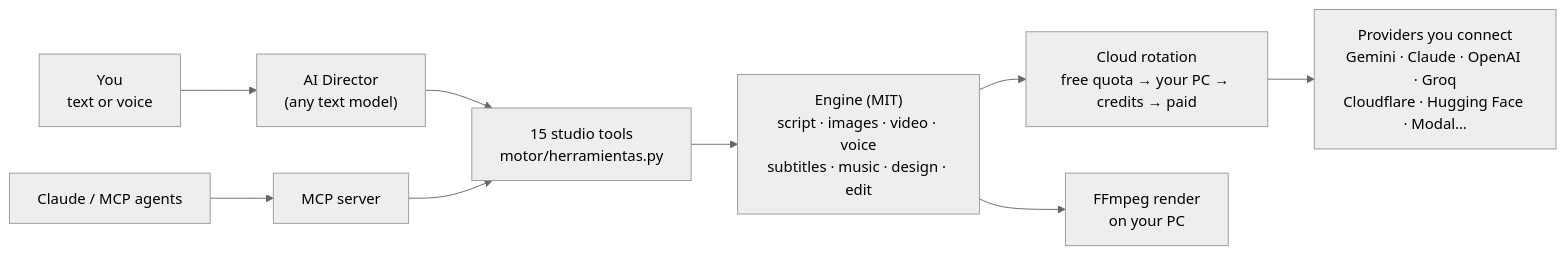
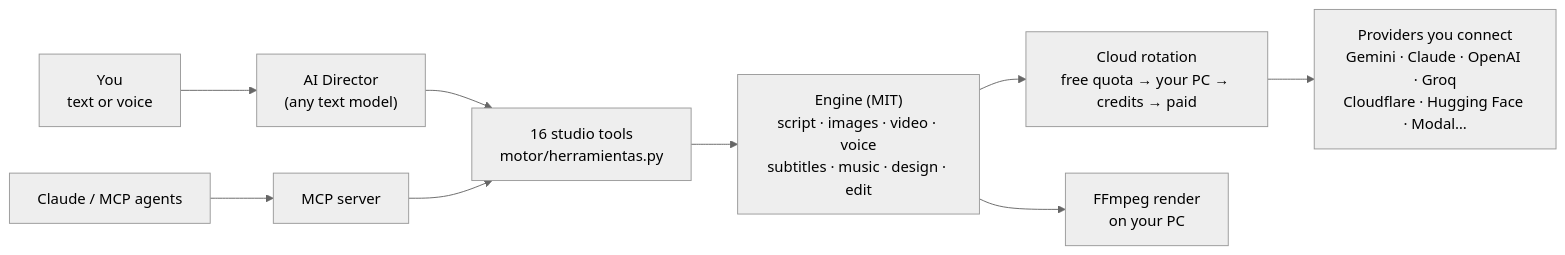
Before and after one commit to santo29/rafaga-studio: the diagram in README.md, drawn with Mermaid (neutral theme). The commit also changed other lines of this file and 16 other files, not shown here.

````diff
--- a/README.md
+++ b/README.md
@@ -79,11 +80,11 @@
 ```mermaid
 flowchart LR
     U["You<br/>text or voice"] --> D["AI Director<br/>(any text model)"]
     C["Claude / MCP agents"] --> M["MCP server"]
-    D --> T["15 studio tools<br/>motor/herramientas.py"]
+    D --> T["16 studio tools<br/>motor/herramientas.py"]
     M --> T
     T --> E["Engine (MIT)<br/>script · images · video · voice<br/>subtitles · music · design · edit"]
     E --> R["Cloud rotation<br/>free quota → your PC → credits → paid"]
     R --> P["Providers you connect<br/>Gemini · Claude · OpenAI · Groq<br/>Cloudflare · Hugging Face · Modal…"]
     E --> F["FFmpeg render<br/>on your PC"]
 ```
````
